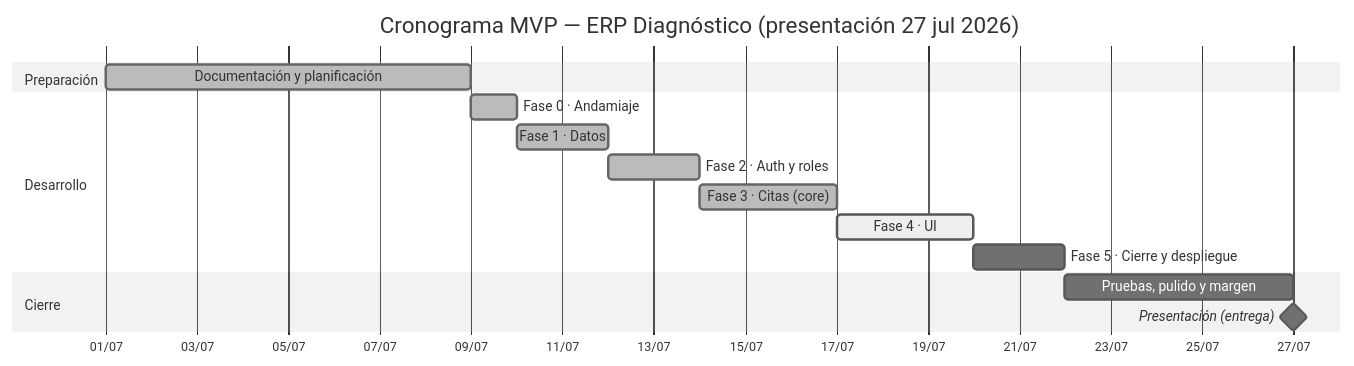
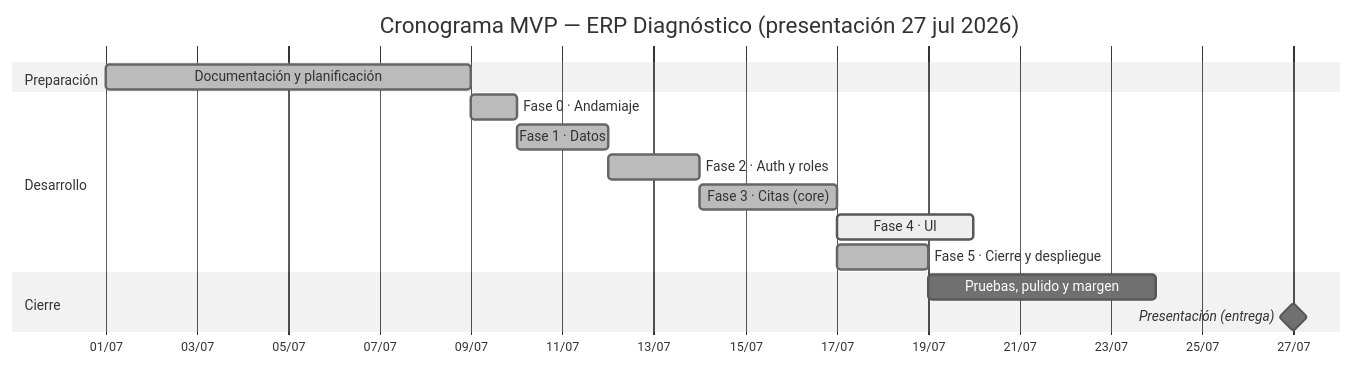
One commit to DhanaCorredor/diagnostico-backend changed the diagram in docs/ROADMAP.md. Above: the diagram before and after it, drawn with Mermaid (neutral theme). The commit also changed other lines of this file and 8 other files, not shown here.

````diff
--- a/docs/ROADMAP.md
+++ b/docs/ROADMAP.md
@@ -73,21 +73,21 @@
 ```mermaid
 gantt
     title Cronograma MVP — ERP Diagnóstico (presentación 27 jul 2026)
     dateFormat  YYYY-MM-DD
     axisFormat  %d/%m
 
     section Preparación
     Documentación y planificación :done, doc, 2026-07-01, 2026-07-09
 
     section Desarrollo
     Fase 0 · Andamiaje         :done,   f0, 2026-07-09, 1d
     Fase 1 · Datos             :done,   f1, after f0, 2d
     Fase 2 · Auth y roles      :done,   f2, after f1, 2d
     Fase 3 · Citas (core)      :done,   f3, after f2, 3d
     Fase 4 · UI                :active, f4, after f3, 3d
-    Fase 5 · Cierre y despliegue :        f5, after f4, 2d
+    Fase 5 · Cierre y despliegue :done,   f5, after f3, 2d
 
     section Cierre
     Pruebas, pulido y margen   :        qa, after f5, 5d
     Presentación (entrega)     :milestone, pres, 2026-07-27, 0d
 ```
````
